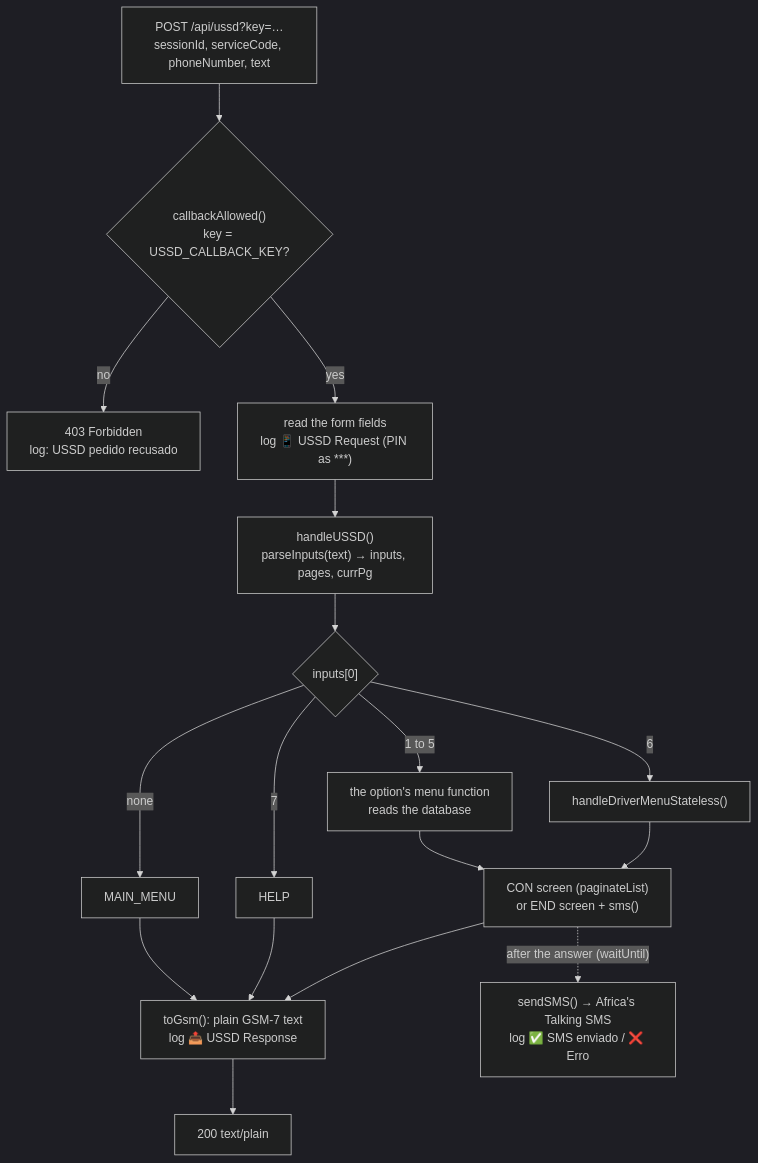
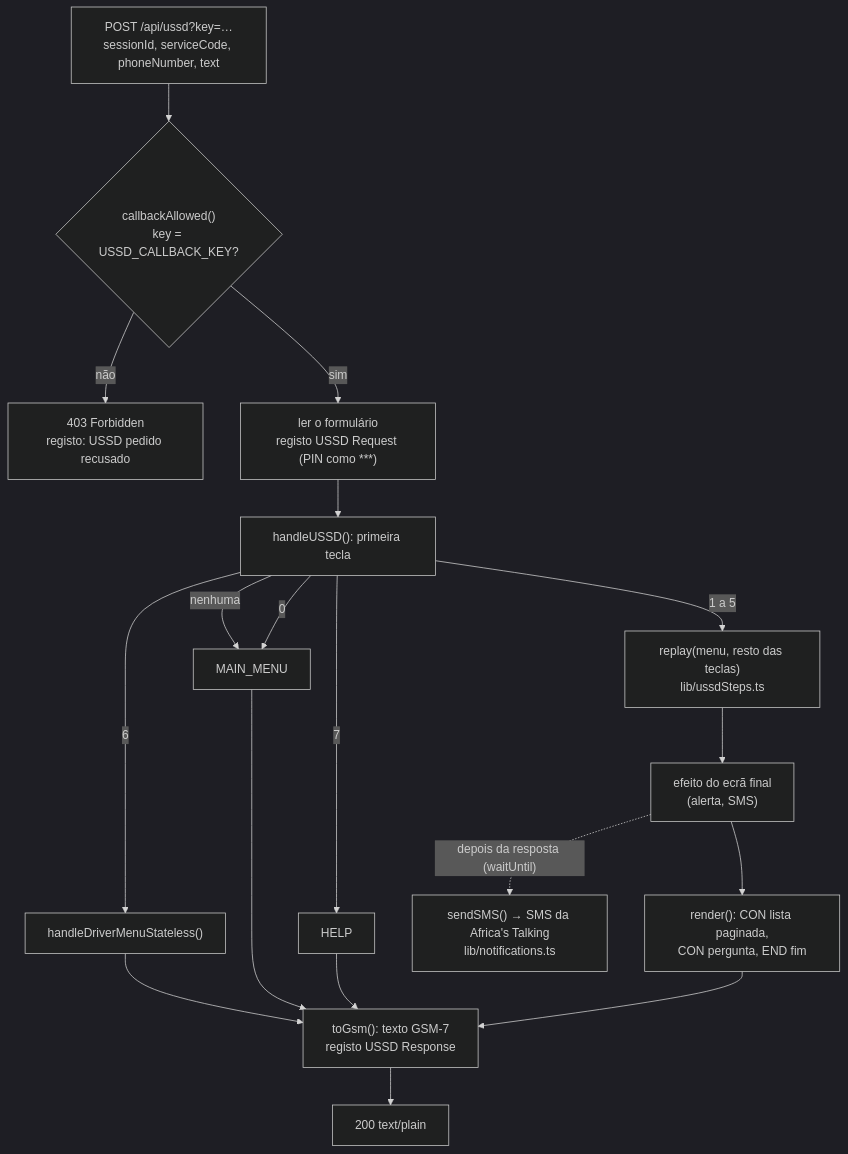
Before and after one commit to transportmozambique/Transport-Mozambique: the third of 4 diagrams in docs/ussd.md, drawn with Mermaid (dark theme). The commit also changed other lines of this file and 143 other files, not shown here.

````diff
--- a/docs/ussd.md
+++ b/docs/ussd.md
@@ -60,19 +182,20 @@
 ```mermaid
 flowchart TD
   A["POST /api/ussd?key=…<br/>sessionId, serviceCode, phoneNumber, text"] --> B{"callbackAllowed()<br/>key = USSD_CALLBACK_KEY?"}
-  B -- no --> X["403 Forbidden<br/>log: USSD pedido recusado"]
-  B -- yes --> C["read the form fields<br/>log 📱 USSD Request (PIN as ***)"]
-  C --> D["handleUSSD()<br/>parseInputs(text) → inputs, pages, currPg"]
-  D --> E{"inputs[0]"}
-  E -- "none" --> M["MAIN_MENU"]
-  E -- "1 to 5" --> F["the option's menu function<br/>reads the database"]
-  E -- "6" --> G["handleDriverMenuStateless()"]
-  E -- "7" --> H["HELP"]
-  F --> S["CON screen (paginateList)<br/>or END screen + sms()"]
-  G --> S
+  B -- não --> X["403 Forbidden<br/>registo: USSD pedido recusado"]
+  B -- sim --> C["ler o formulário<br/>registo USSD Request (PIN como ***)"]
+  C --> D["handleUSSD(): primeira tecla"]
+  D -- "nenhuma" --> M["MAIN_MENU"]
+  D -- "0" --> M
+  D -- "1 a 5" --> F["replay(menu, resto das teclas)<br/>lib/ussdSteps.ts"]
+  D -- "6" --> G["handleDriverMenuStateless()"]
+  D -- "7" --> H["HELP"]
+  F --> E["efeito do ecrã final<br/>(alerta, SMS)"]
+  E --> S["render(): CON lista paginada,<br/>CON pergunta, END fim"]
+  G --> T
   M --> T
   H --> T
-  S --> T["toGsm(): plain GSM-7 text<br/>log 📤 USSD Response"]
+  S --> T["toGsm(): texto GSM-7<br/>registo USSD Response"]
   T --> R["200 text/plain"]
-  S -. "after the answer (waitUntil)" .-> SMS["sendSMS() → Africa's Talking SMS<br/>log ✅ SMS enviado / ❌ Erro"]
+  E -. "depois da resposta (waitUntil)" .-> SMS["sendSMS() → SMS da Africa's Talking<br/>lib/notifications.ts"]
 ```
````
